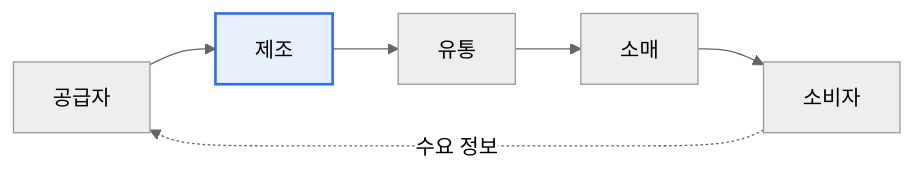
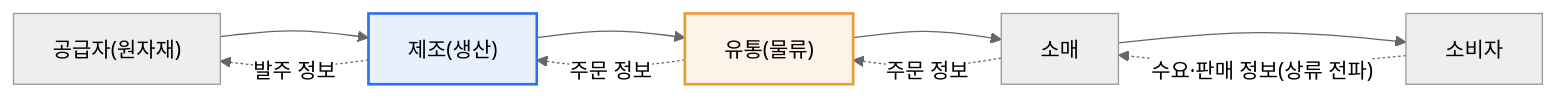
Before and after one commit to coninggu/wjdqhrhksflrltnftk: the first of 2 diagrams in content/scm.md, drawn with Mermaid (neutral theme). The commit also changed other lines of this file and 3 other files, not shown here.

````diff
--- a/content/scm.md
+++ b/content/scm.md
@@ -15,6 +23,13 @@
 ```mermaid
 flowchart LR
-  S[공급자] --> M[제조] --> D[유통] --> R[소매] --> C[소비자]
-  C -. 수요 정보 .-> S
+  S["공급자(원자재)"] --> M["제조(생산)"]
+  M --> D["유통(물류)"]
+  D --> R["소매"]
+  R --> C["소비자"]
+  C -. "수요·판매 정보(상류 전파)" .-> R
+  R -. "주문 정보" .-> D
+  D -. "주문 정보" .-> M
+  M -. "발주 정보" .-> S
   style M fill:#e8f0fe,stroke:#2f6fed,stroke-width:2px
+  style D fill:#fef3e8,stroke:#ed9b2f,stroke-width:2px
 ```
````
